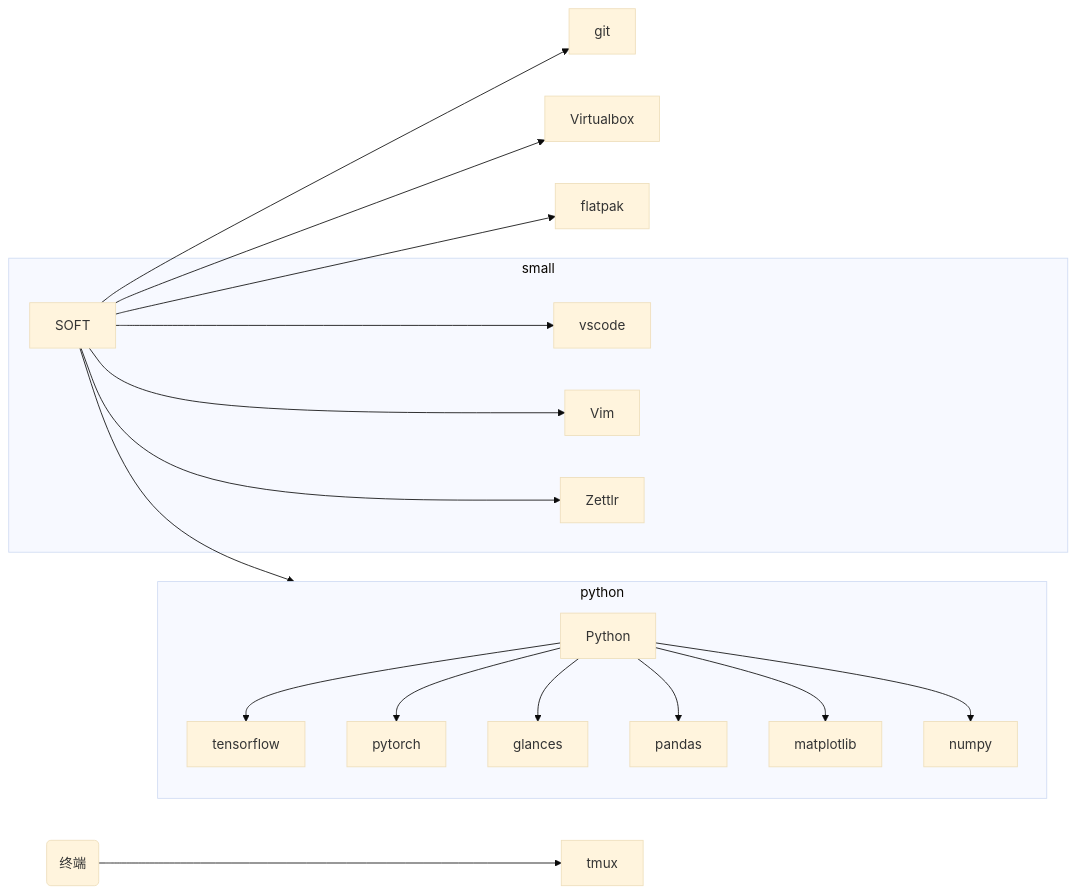
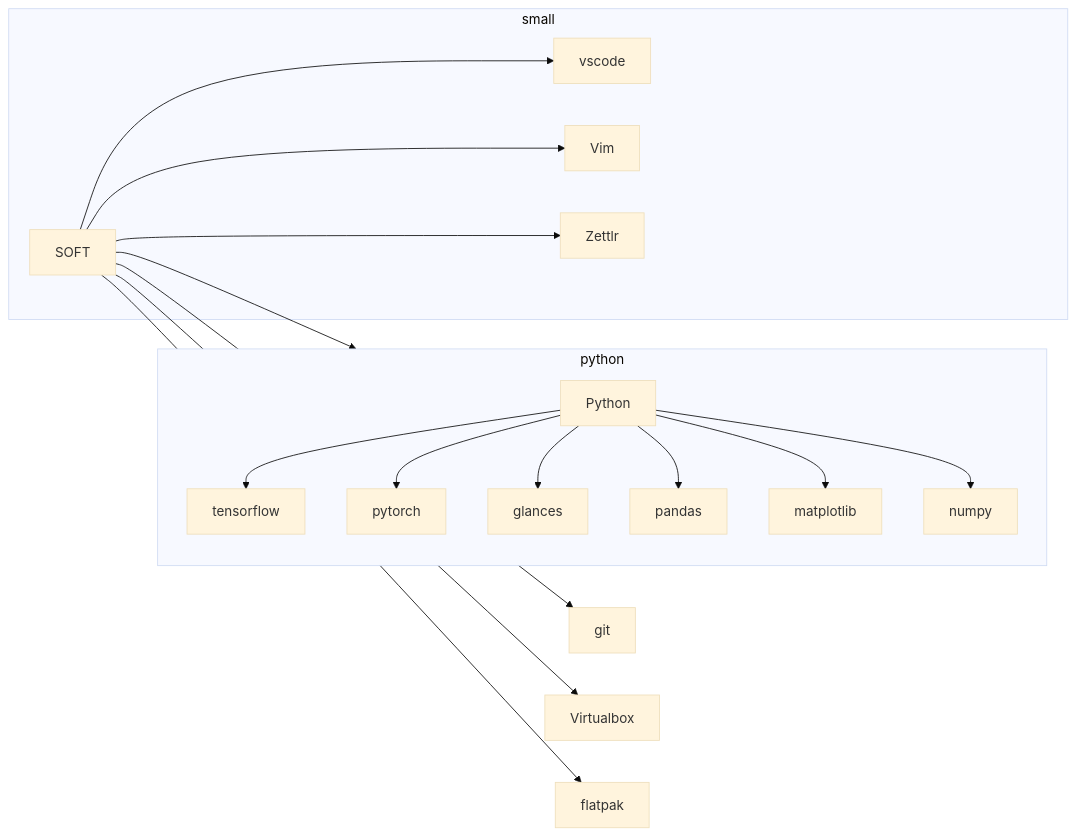
The diagram in _soft/000-软件总结.md (wow-yes/blog), drawn with Mermaid (base theme) before and after one commit. The commit also changed other lines of this file and 1 other file, not shown here.

````diff
--- a/_soft/000-软件总结.md
+++ b/_soft/000-软件总结.md
@@ -8,26 +9,26 @@
 ```mermaid
 graph LR
 
-    terminal("终端") --> tmux
     SOFT -->  git
     SOFT -->  python
 
     subgraph python
         Python --> tensorflow
         Python --> pytorch
         Python --> glances
         Python --> pandas
         Python --> matplotlib
         Python --> numpy
     end
 
+
     SOFT   --> Virtualbox
 
     SOFT   --> flatpak
 
     subgraph small
         SOFT  --> vscode
         SOFT  --> Vim
         SOFT  --> Zettlr
     end
 ```
````
